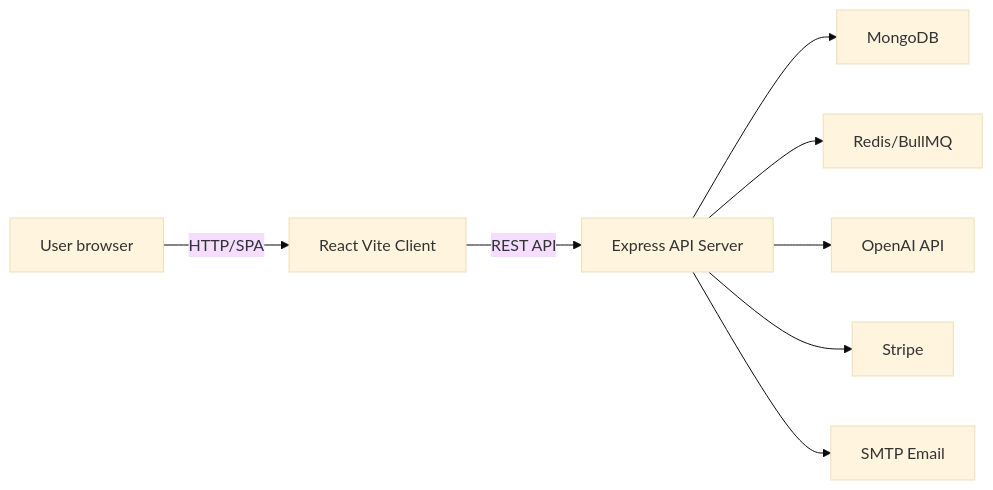
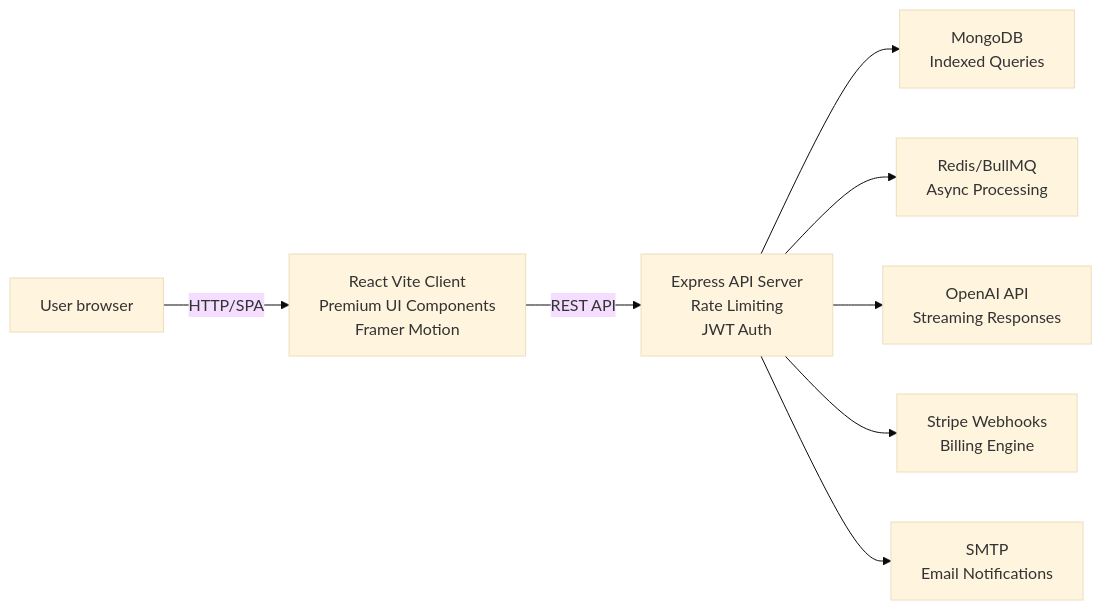
Before and after one commit to brijeshkumar2024/ReviewSense-AI: the diagram in README.md, drawn with Mermaid (base theme). The commit also changed other lines of this file, not shown here.

Commit message:
docs(readme): upgrade with premium UI features and enterprise architecture

````diff
--- a/README.md
+++ b/README.md
@@ -15,10 +17,10 @@
 ```mermaid
 flowchart LR
-  A[User browser] -->|HTTP/SPA| B[React Vite Client]
-  B -->|REST API| C[Express API Server]
-  C --> D[MongoDB]
-  C --> E[Redis/BullMQ]
-  C --> F[OpenAI API]
-  C --> G[Stripe]
-  C --> H[SMTP Email]
+  A[User browser] -->|HTTP/SPA| B["React Vite Client<br/>Premium UI Components<br/>Framer Motion"]
+  B -->|REST API| C["Express API Server<br/>Rate Limiting<br/>JWT Auth"]
+  C --> D["MongoDB<br/>Indexed Queries"]
+  C --> E["Redis/BullMQ<br/>Async Processing"]
+  C --> F["OpenAI API<br/>Streaming Responses"]
+  C --> G["Stripe Webhooks<br/>Billing Engine"]
+  C --> H["SMTP<br/>Email Notifications"]
 ```
````
